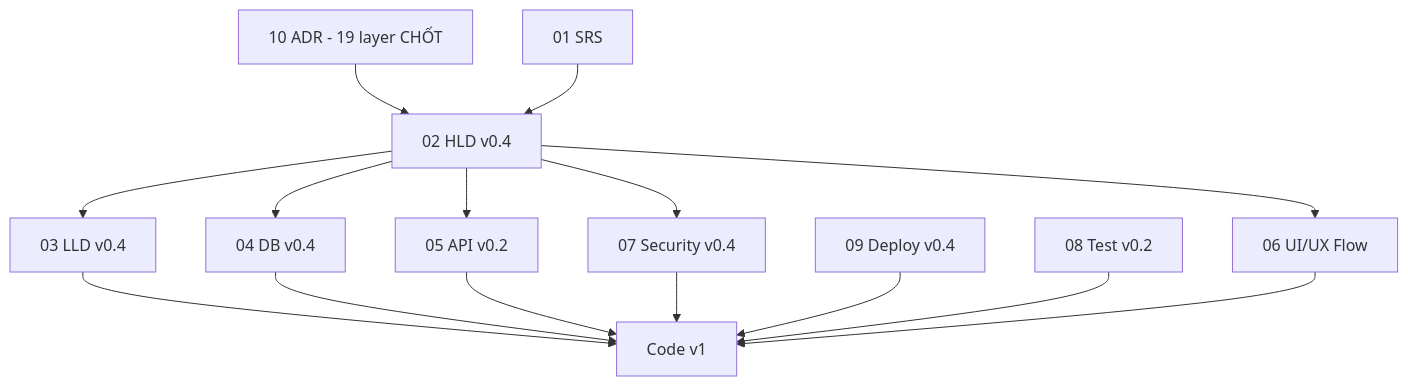
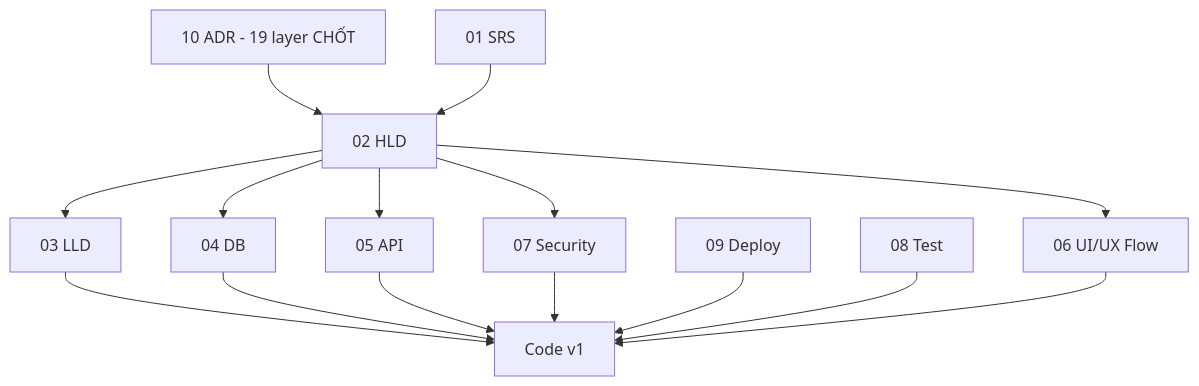
The diagram in doc/SDLC/11-project-task-breakdown.md (nhkyn0410/Marketplace-Ve-Xe-Nhanh), drawn with Mermaid before and after one commit. The commit also changed other lines of this file and 21 other files, not shown here.

````diff
--- a/doc/SDLC/11-project-task-breakdown.md
+++ b/doc/SDLC/11-project-task-breakdown.md
@@ -65,29 +64,29 @@
 ```mermaid
 flowchart TD
     ADR[10 ADR - 19 layer CHỐT]
     SRS[01 SRS]
-    HLD[02 HLD v0.4]
-    LLD[03 LLD v0.4]
-    DB[04 DB v0.4]
-    API[05 API v0.2]
+    HLD[02 HLD]
+    LLD[03 LLD]
+    DB[04 DB]
+    API[05 API]
     UX[06 UI/UX Flow]
-    SEC[07 Security v0.4]
-    TEST[08 Test v0.2]
-    OPS[09 Deploy v0.4]
+    SEC[07 Security]
+    TEST[08 Test]
+    OPS[09 Deploy]
     CODE[Code v1]
 
     ADR --> HLD
     SRS --> HLD
     HLD --> LLD
     HLD --> DB
     HLD --> API
     HLD --> UX
     HLD --> SEC
     LLD --> CODE
     DB --> CODE
     API --> CODE
     SEC --> CODE
     OPS --> CODE
     TEST --> CODE
     UX --> CODE
 ```
````
